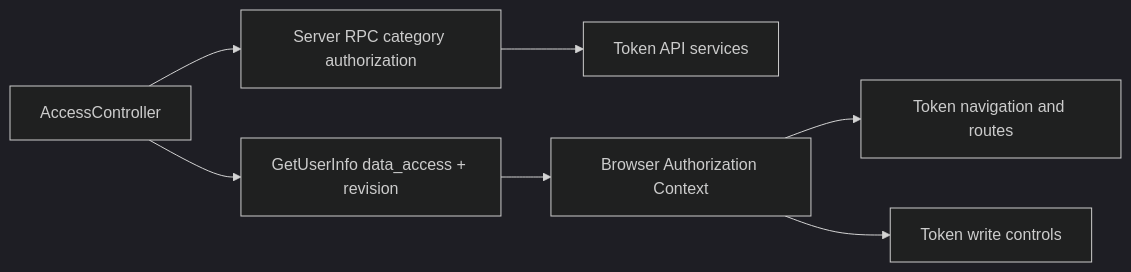
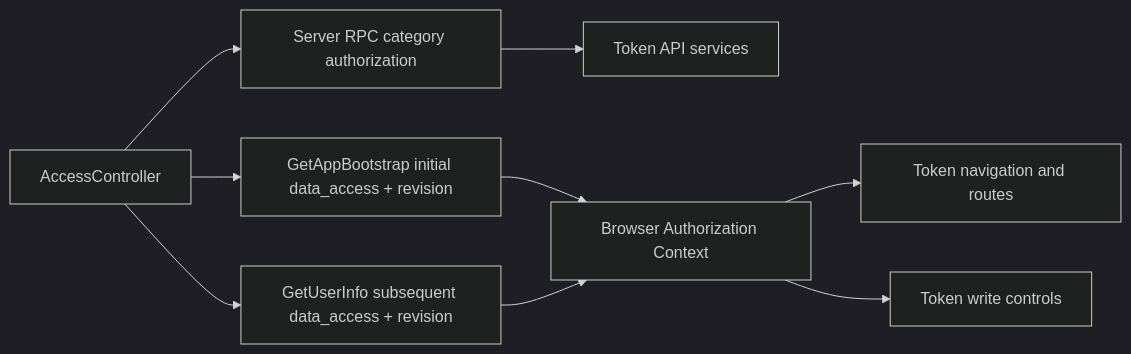
The diagram in docs/design/token-intelligence/access-control.md (useryege/athena-o), drawn with Mermaid (dark theme) before and after one commit. The commit also changed other lines of this file and 23 other files, not shown here.

````diff
--- a/docs/design/token-intelligence/access-control.md
+++ b/docs/design/token-intelligence/access-control.md
@@ -28,9 +28,11 @@
 ```mermaid
 flowchart LR
     C["AccessController"] --> A["Server RPC category authorization"]
     A --> T["Token API services"]
-    C --> I["GetUserInfo data_access + revision"]
-    I --> U["Browser Authorization Context"]
+    C --> B["GetAppBootstrap initial data_access + revision"]
+    C --> I["GetUserInfo subsequent data_access + revision"]
+    B --> U["Browser Authorization Context"]
+    I --> U
     U --> N["Token navigation and routes"]
     U --> W["Token write controls"]
 ```
````
